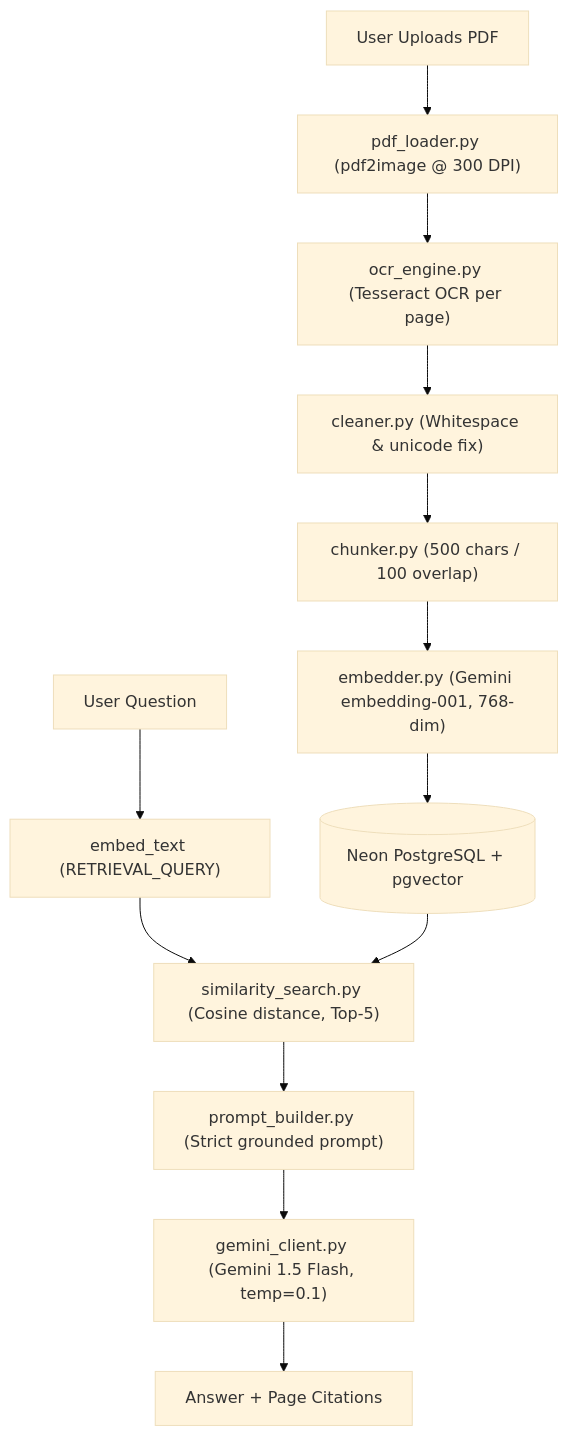
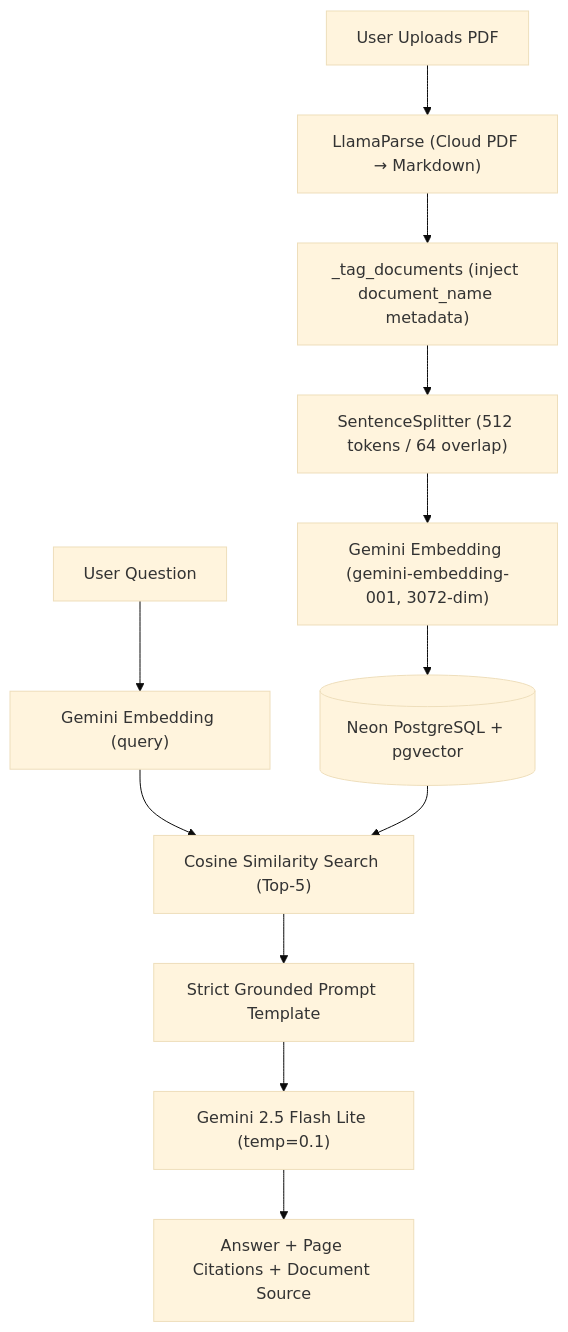
Before and after one commit to Kartikay-0111/RAG: the diagram in ARCHITECTURE.md, drawn with Mermaid (base theme). The commit also changed other lines of this file and 21 other files, not shown here.

Commit message:
feat: working RAG v2 - Gemini + LlamaParse

````diff
--- a/ARCHITECTURE.md
+++ b/ARCHITECTURE.md
@@ -5,16 +5,15 @@
 ```mermaid
 flowchart TD
-    A[User Uploads PDF] --> B["pdf_loader.py (pdf2image @ 300 DPI)"]
-    B --> C["ocr_engine.py (Tesseract OCR per page)"]
-    C --> D["cleaner.py (Whitespace & unicode fix)"]
-    D --> E["chunker.py (500 chars / 100 overlap)"]
-    E --> F["embedder.py (Gemini embedding-001, 768-dim)"]
-    F --> G[(Neon PostgreSQL + pgvector)]
+    A[User Uploads PDF] --> B["LlamaParse (Cloud PDF → Markdown)"]
+    B --> C["_tag_documents (inject document_name metadata)"]
+    C --> D["SentenceSplitter (512 tokens / 64 overlap)"]
+    D --> E["Gemini Embedding (gemini-embedding-001, 3072-dim)"]
+    E --> F[(Neon PostgreSQL + pgvector)]
 
-    H[User Question] --> I["embed_text (RETRIEVAL_QUERY)"]
-    I --> J["similarity_search.py (Cosine distance, Top-5)"]
-    G --> J
-    J --> K["prompt_builder.py (Strict grounded prompt)"]
-    K --> L["gemini_client.py (Gemini 1.5 Flash, temp=0.1)"]
-    L --> M[Answer + Page Citations]
+    G[User Question] --> H["Gemini Embedding (query)"]
+    H --> I["Cosine Similarity Search (Top-5)"]
+    F --> I
+    I --> J["Strict Grounded Prompt Template"]
+    J --> K["Gemini 2.5 Flash Lite (temp=0.1)"]
+    K --> L[Answer + Page Citations + Document Source]
 ```
````
